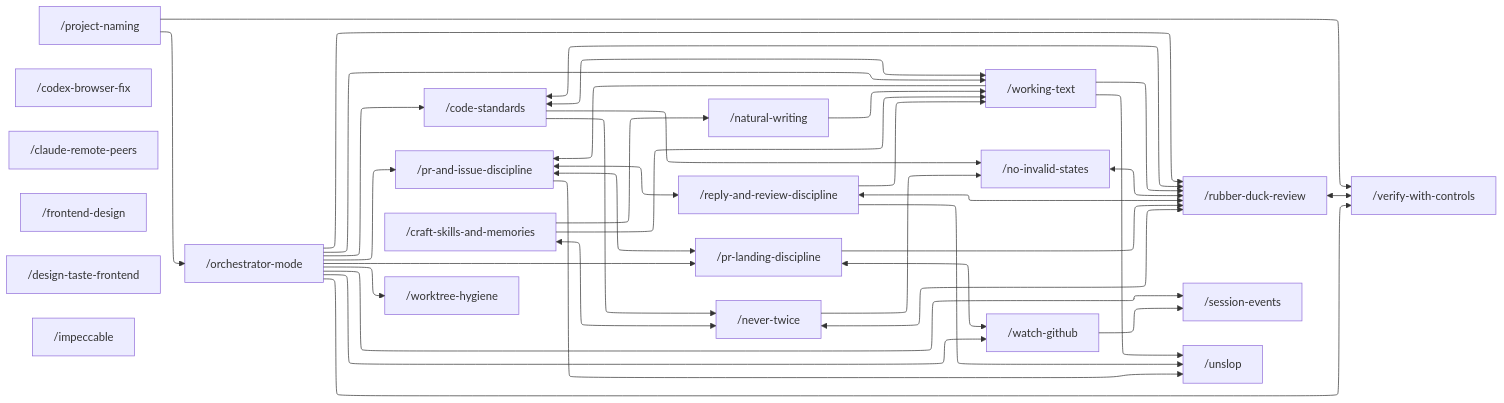
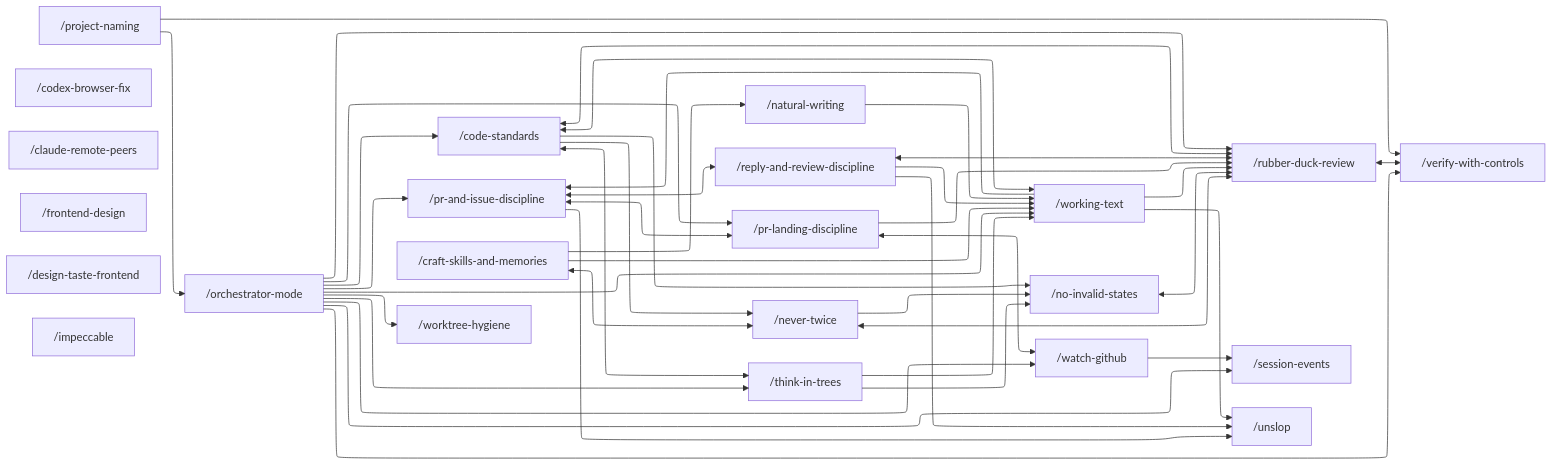
The diagram in README.md (Vivswan/skills), drawn with Mermaid before and after one commit. The commit also changed other lines of this file and 18 other files, not shown here.

Commit message:
feat(think-in-trees): anything with parts is a tree, and the tree is the analysis (#369)

```diff
--- a/README.md
+++ b/README.md
@@ -106,6 +107,7 @@
   pnm["/project-naming"]
   nis["/no-invalid-states"]
   nt["/never-twice"]
+  tit["/think-in-trees"]
   vwc["/verify-with-controls"]
   csm["/craft-skills-and-memories"]
   wgh["/watch-github"]
@@ -120,6 +122,7 @@
 
   cs <--> wt
   cs <--> rdr
+  cs <--> tit
   csm <--> nt
   nis <--> rdr
   nt <--> rdr
@@ -144,6 +147,9 @@
   pld --> rdr
   cs --> nt
   cs --> nis
+  tit --> nis
+  tit --> wt
+  om --> tit
   nt --> nis
   om --> vwc
   pnm --> vwc
@@ -166,6 +172,7 @@
   click pnm "./skills/project-naming/SKILL.md"
   click nis "./skills/no-invalid-states/SKILL.md"
   click nt "./skills/never-twice/SKILL.md"
+  click tit "./skills/think-in-trees/SKILL.md"
   click vwc "./skills/verify-with-controls/SKILL.md"
   click csm "./skills/craft-skills-and-memories/SKILL.md"
   click wgh "./skills/watch-github/SKILL.md"
```
